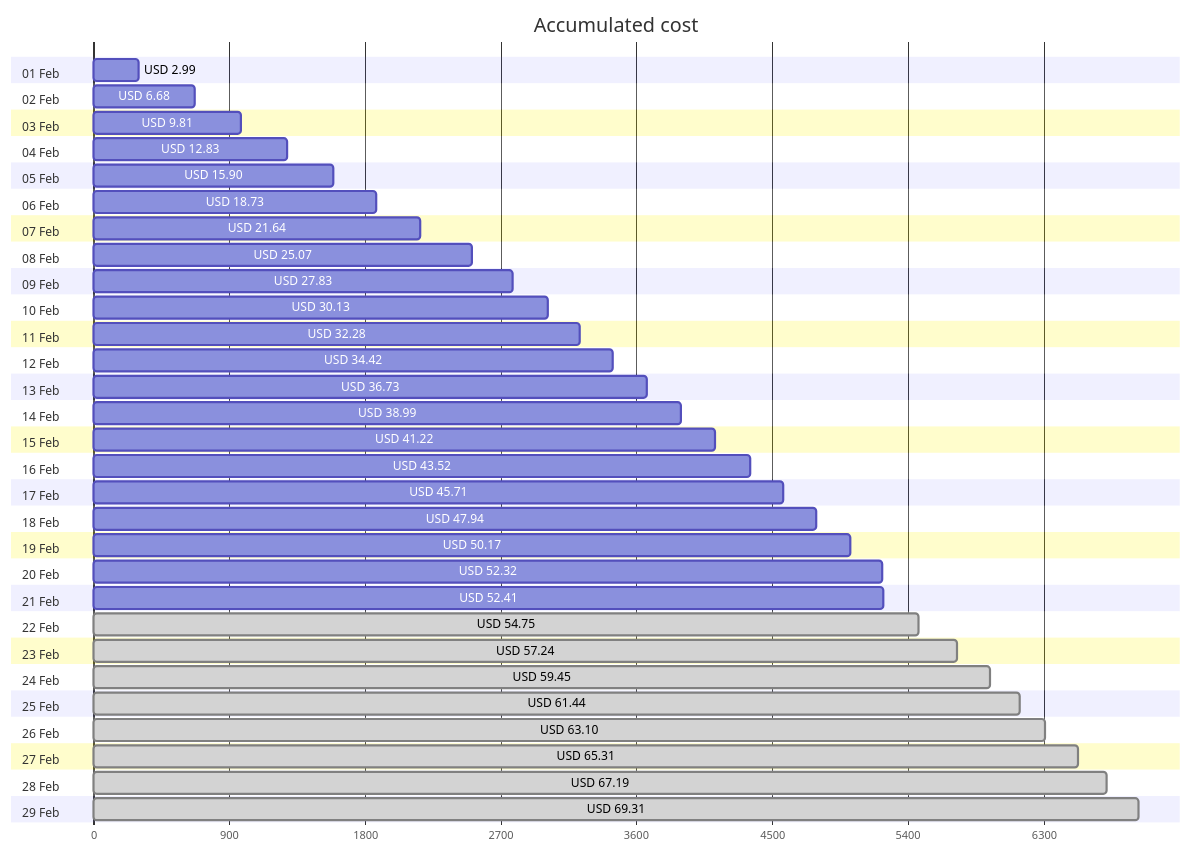
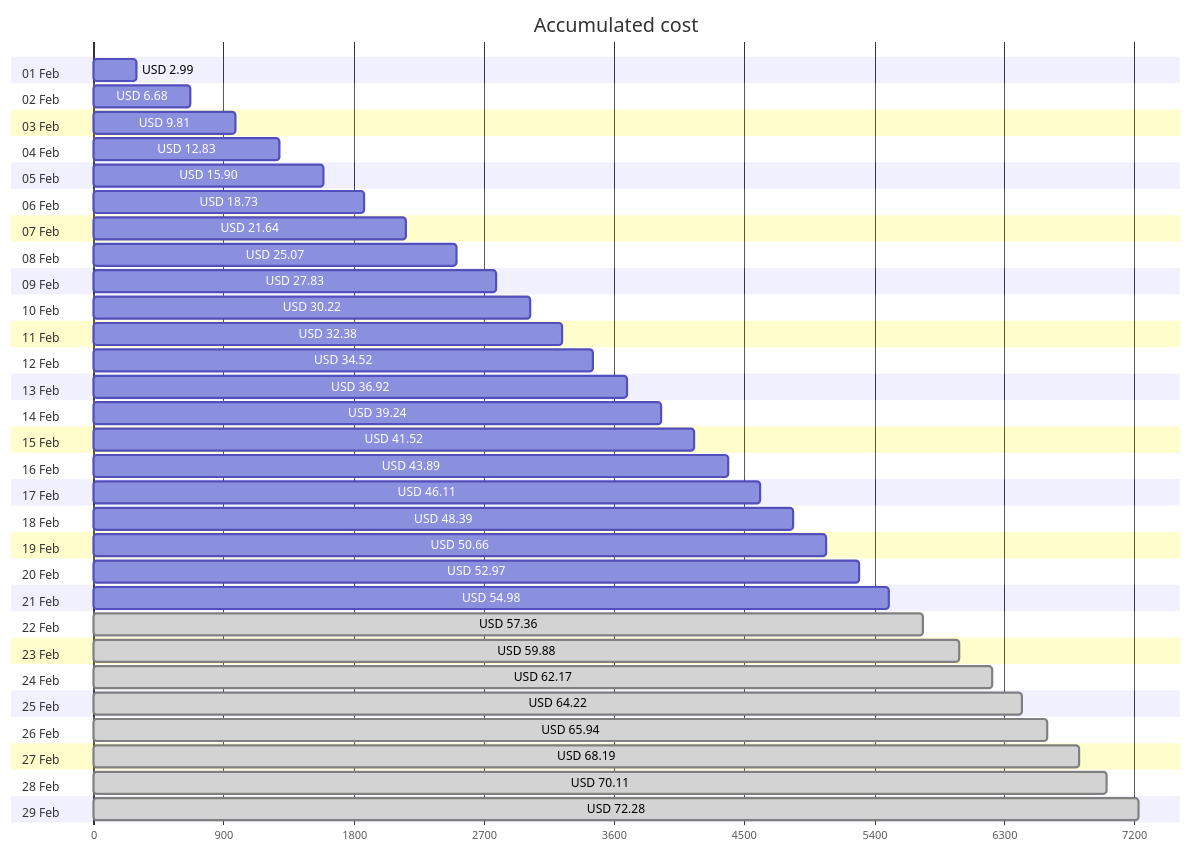
Before and after one commit to jpfulton/azure-personal-reports: the first of 4 diagrams in cost-reports/accumulated-cost.md, drawn with Mermaid. The commit also changed other lines of this file and 4 other files, not shown here.

````diff
--- a/cost-reports/accumulated-cost.md
+++ b/cost-reports/accumulated-cost.md
@@ -20,64 +20,64 @@
 ```mermaid
 gantt
    title Accumulated cost
    dateFormat  X
    axisFormat %s
    section 01 Feb
    USD 2.99 :0, 299
    section 02 Feb
    USD 6.68 :0, 668
    section 03 Feb
    USD 9.81 :0, 981
    section 04 Feb
    USD 12.83 :0, 1283
    section 05 Feb
    USD 15.90 :0, 1590
    section 06 Feb
    USD 18.73 :0, 1873
    section 07 Feb
    USD 21.64 :0, 2164
    section 08 Feb
    USD 25.07 :0, 2507
    section 09 Feb
    USD 27.83 :0, 2783
    section 10 Feb
-   USD 30.13 :0, 3013
+   USD 30.22 :0, 3022
    section 11 Feb
-   USD 32.28 :0, 3228
+   USD 32.38 :0, 3238
    section 12 Feb
-   USD 34.42 :0, 3442
+   USD 34.52 :0, 3452
    section 13 Feb
-   USD 36.73 :0, 3673
+   USD 36.92 :0, 3692
    section 14 Feb
-   USD 38.99 :0, 3899
+   USD 39.24 :0, 3924
    section 15 Feb
-   USD 41.22 :0, 4122
+   USD 41.52 :0, 4152
    section 16 Feb
-   USD 43.52 :0, 4352
+   USD 43.89 :0, 4389
    section 17 Feb
-   USD 45.71 :0, 4571
+   USD 46.11 :0, 4611
    section 18 Feb
-   USD 47.94 :0, 4794
+   USD 48.39 :0, 4839
    section 19 Feb
-   USD 50.17 :0, 5017
+   USD 50.66 :0, 5066
    section 20 Feb
-   USD 52.32 :0, 5232
+   USD 52.97 :0, 5297
    section 21 Feb
-   USD 52.41 :0, 5241
+   USD 54.98 :0, 5498
    section 22 Feb
-   USD 54.75 : done, 0, 5475
+   USD 57.36 : done, 0, 5736
    section 23 Feb
-   USD 57.24 : done, 0, 5724
+   USD 59.88 : done, 0, 5988
    section 24 Feb
-   USD 59.45 : done, 0, 5945
+   USD 62.17 : done, 0, 6217
    section 25 Feb
-   USD 61.44 : done, 0, 6144
+   USD 64.22 : done, 0, 6422
    section 26 Feb
-   USD 63.10 : done, 0, 6310
+   USD 65.94 : done, 0, 6594
    section 27 Feb
-   USD 65.31 : done, 0, 6531
+   USD 68.19 : done, 0, 6819
    section 28 Feb
-   USD 67.19 : done, 0, 6719
+   USD 70.11 : done, 0, 7011
    section 29 Feb
-   USD 69.31 : done, 0, 6931
+   USD 72.28 : done, 0, 7228
 ```
````
